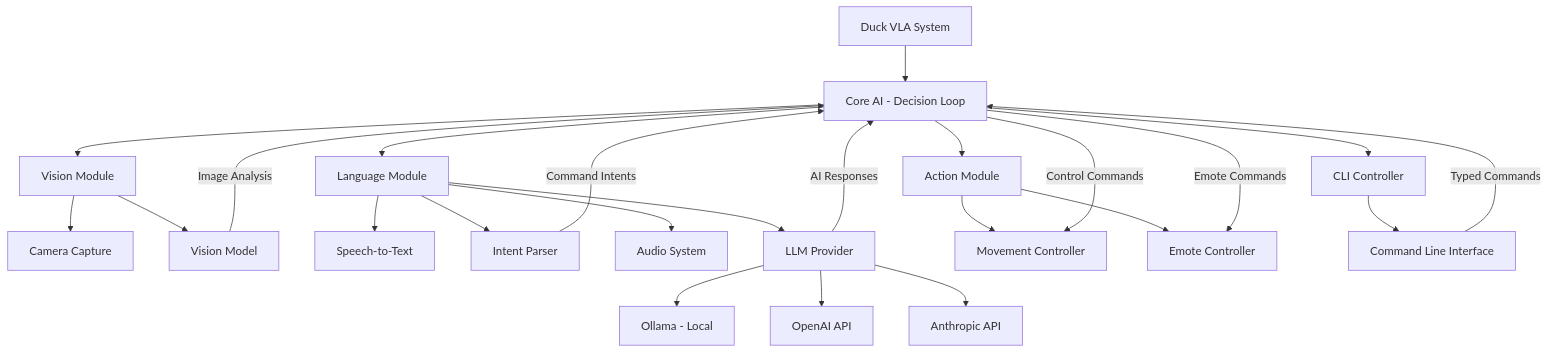
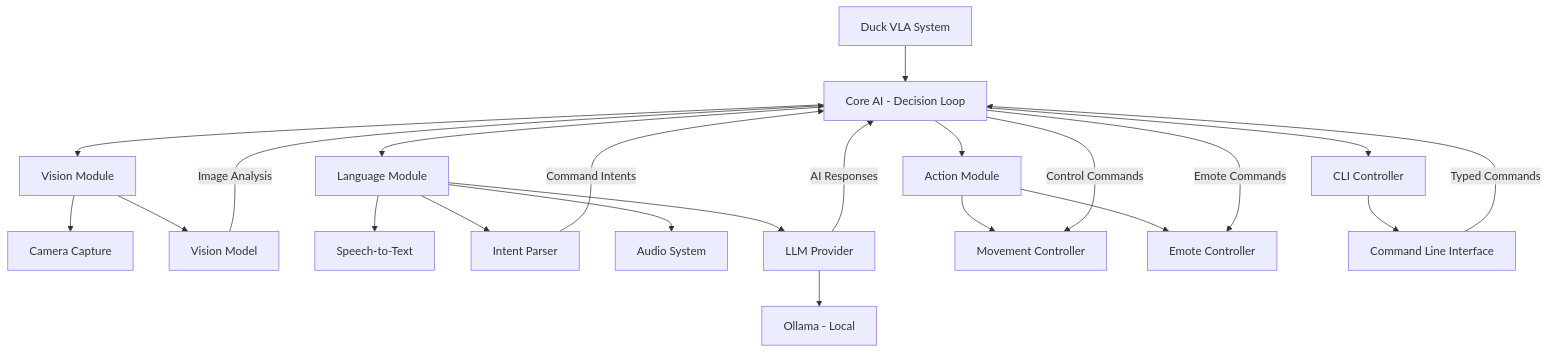
Before and after one commit to Aronnaxx/d00t: the first of 3 diagrams in duck_vla/README.md, drawn with Mermaid. The commit also changed other lines of this file and 8 other files, not shown here.

````diff
--- a/duck_vla/README.md
+++ b/duck_vla/README.md
@@ -9,33 +9,31 @@
 ```mermaid
 graph TD
     A[Duck VLA System] --> B[Core AI - Decision Loop]
     
     B --> C[Vision Module]
     B --> D[Language Module]
     B --> E[Action Module]
     B --> F[CLI Controller]
     
     C --> C1[Camera Capture]
     C --> C2[Vision Model]
     
     D --> D1[Speech-to-Text]
     D --> D2[Intent Parser]
     D --> D3[Audio System]
     D --> D4[LLM Provider]
     
     E --> E1[Movement Controller]
     E --> E2[Emote Controller]
     
     F --> F1[Command Line Interface]
     
     C2 -- Image Analysis --> B
     D2 -- Command Intents --> B
     D4 -- AI Responses --> B
     F1 -- Typed Commands --> B
     B -- Control Commands --> E1
     B -- Emote Commands --> E2
     
     D4 --> L1[Ollama - Local]
-    D4 --> L2[OpenAI API]
-    D4 --> L3[Anthropic API]
 ```
````
